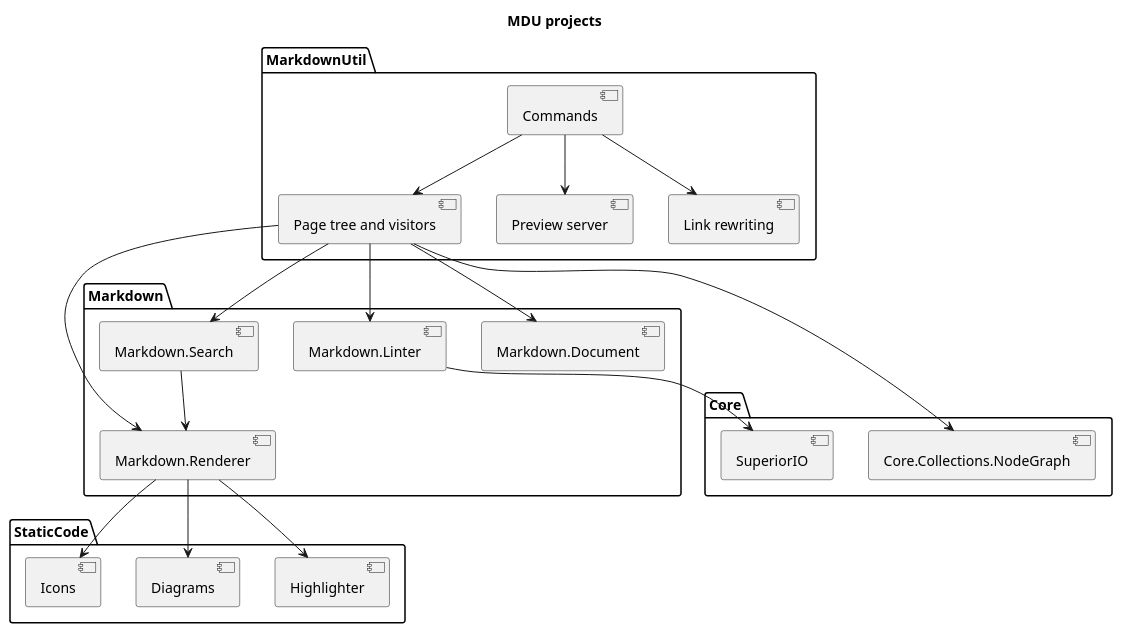
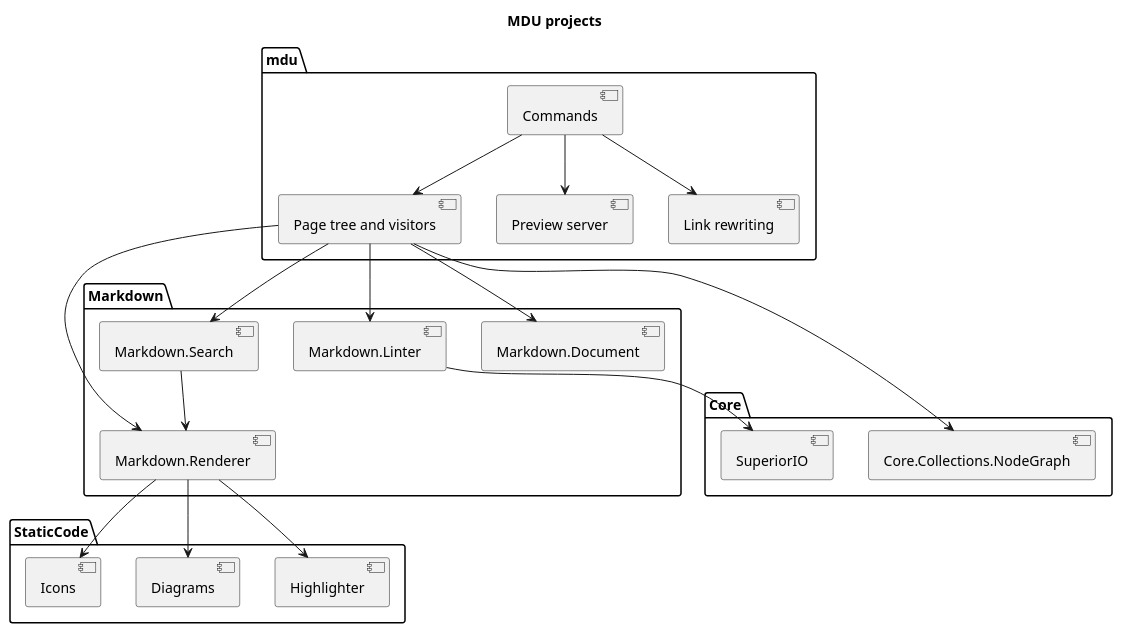
The diagram in Docs/Architecture/Components.md (capjan/markdown-util), drawn with PlantUML before and after one commit. The commit also changed other lines of this file and 139 other files, not shown here.

First line of the commit message:
refactor: rename MarkdownUtil package and projects to mdu

````diff
--- a/Docs/Architecture/Components.md
+++ b/Docs/Architecture/Components.md
@@ -28,52 +28,52 @@
 ```plantuml
 @startuml
 title MDU projects
-package "MarkdownUtil" {
+package "mdu" {
   [Commands] as Cli
   [Page tree and visitors] as Graph
   [Preview server] as Preview
   [Link rewriting] as Links
 }
 package "Markdown" {
   [Markdown.Document] as Doc
   [Markdown.Linter] as Linter
   [Markdown.Renderer] as Renderer
   [Markdown.Search] as Search
 }
 package "StaticCode" {
   [Highlighter] as Highlighter
   [Diagrams] as Diagrams
   [Icons] as Icons
 }
 package "Core" {
   [Core.Collections.NodeGraph] as NodeGraph
   [SuperiorIO] as SuperiorIO
 }
 Cli --> Graph
 Cli --> Preview
 Cli --> Links
 Graph --> Doc
 Graph --> NodeGraph
 Graph --> Linter
 Graph --> Renderer
 Graph --> Search
 Linter --> SuperiorIO
 Search --> Renderer
 Renderer --> Highlighter
 Renderer --> Diagrams
 Renderer --> Icons
-url of Cli is [[#markdownutil]]
-url of Graph is [[#markdownutil]]
-url of Preview is [[#markdownutil]]
-url of Links is [[#markdownutil]]
+url of Cli is [[#mdu]]
+url of Graph is [[#mdu]]
+url of Preview is [[#mdu]]
+url of Links is [[#mdu]]
 url of Doc is [[#markdown.document]]
 url of Linter is [[#markdown.linter]]
 url of Renderer is [[#markdown.renderer]]
 url of Search is [[#markdown.search]]
 url of Highlighter is [[#staticcode.highlighter]]
 url of Diagrams is [[#staticcode.diagrams]]
 url of Icons is [[#staticcode.icons]]
 url of NodeGraph is [[#core.collections.nodegraph]]
 url of SuperiorIO is [[#superiorio]]
 @enduml
 ```
````
